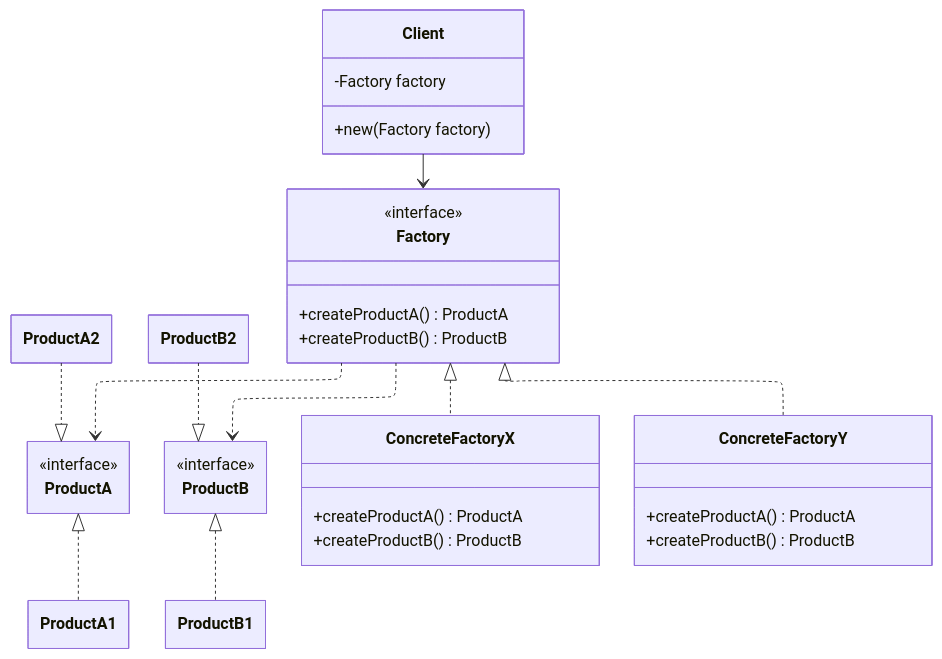
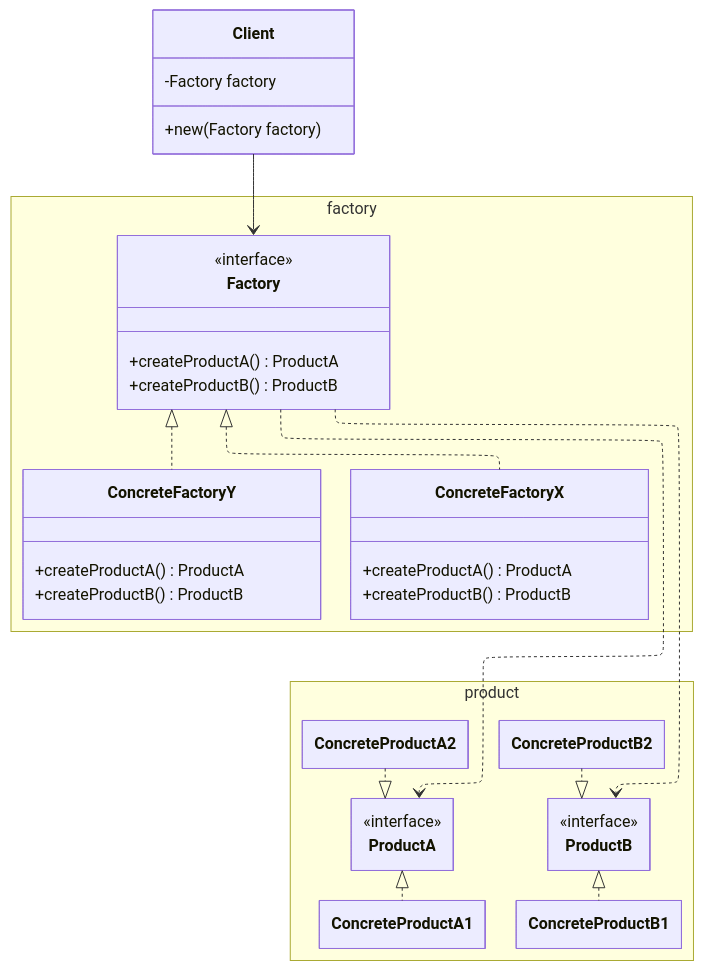
The diagram in content/3 Reference/abstract-factory_202605150735.md (FAZuH/quartz), drawn with Mermaid before and after one commit. The commit also changed other lines of this file and 17 other files, not shown here.

````diff
--- a/content/3 Reference/abstract-factory_202605150735.md
+++ b/content/3 Reference/abstract-factory_202605150735.md
@@ -28,53 +26,56 @@
 ```mermaid
 ---
 config:
   layout: elk 
   class: 
     hideEmptyMembersBox: true
 ---
 classDiagram
-	class ProductA {
-		<<interface>>
-	}
-	class ProductB {
-		<<interface>>
+	namespace product {
+		class ProductA {
+			<<interface>>
+		}
+		class ProductB {
+			<<interface>>
+		}
+		class ConcreteProductA1 { }
+		class ConcreteProductB1 { }
+		class ConcreteProductA2 { }
+		class ConcreteProductB2 { }
 	}
 	
-	class ProductA1 { }
-	class ProductB1 { }
-	class ProductA2 { }
-	class ProductB2 { }
+	namespace factory {
+		class Factory {
+			<<interface>>
+			+createProductA() ProductA
+			+createProductB() ProductB
+		}
 	
-	class Factory {
-		<<interface>>
-		+createProductA() ProductA
-		+createProductB() ProductB
-	}
-	
-	class ConcreteFactoryX {
-		+createProductA() ProductA
-		+createProductB() ProductB
-	}
-	class ConcreteFactoryY {
-		+createProductA() ProductA
-		+createProductB() ProductB
+		class ConcreteFactoryX {
+			+createProductA() ProductA
+			+createProductB() ProductB
+		}
+		class ConcreteFactoryY {
+			+createProductA() ProductA
+			+createProductB() ProductB
+		}
 	}
 	
 	class Client {
 		-Factory factory
 		+new(Factory factory)
 	}
 	
 	Factory <|.. ConcreteFactoryX
 	Factory <|.. ConcreteFactoryY
 	
-	ProductA <|.. ProductA1
-	ProductB <|.. ProductB1
-	ProductA2 ..|> ProductA
-	ProductB2 ..|> ProductB
+	ProductA <|.. ConcreteProductA1
+	ProductB <|.. ConcreteProductB1
+	ConcreteProductA2 ..|> ProductA
+	ConcreteProductB2 ..|> ProductB
 	
 	Factory ..> ProductA
 	Factory ..> ProductB
 	
 	Client --> Factory
 ```
````
